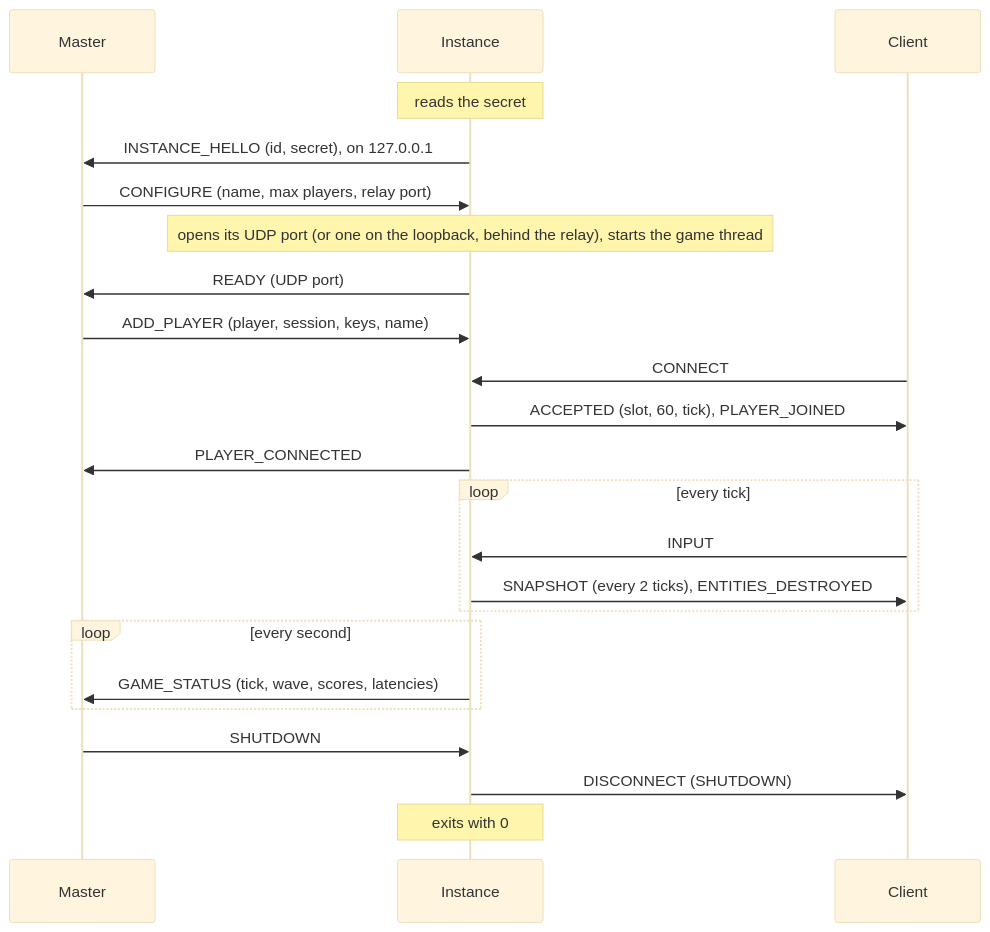
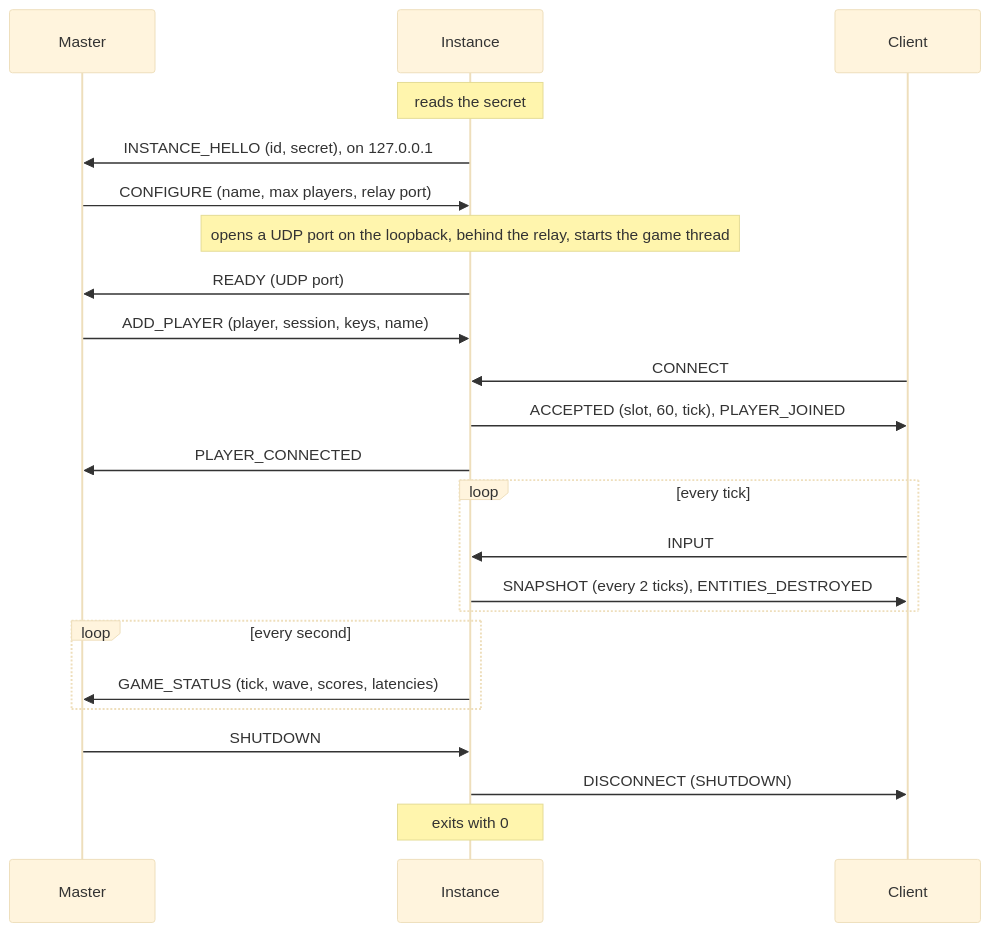
One commit to Akinator31/Rtype changed the fifth of 7 diagrams in docs/architecture/server.md. Above: the diagram before and after it, drawn with Mermaid (base theme). The commit also changed other lines of this file and 17 other files, not shown here.

````diff
--- a/docs/architecture/server.md
+++ b/docs/architecture/server.md
@@ -429,25 +436,25 @@
 ```mermaid
 sequenceDiagram
     participant M as Master
     participant I as Instance
     participant C as Client
     Note over I: reads the secret
     I->>M: INSTANCE_HELLO (id, secret), on 127.0.0.1
     M->>I: CONFIGURE (name, max players, relay port)
-    Note over I: opens its UDP port (or one on the loopback, behind the relay), starts the game thread
+    Note over I: opens a UDP port on the loopback, behind the relay, starts the game thread
     I->>M: READY (UDP port)
     M->>I: ADD_PLAYER (player, session, keys, name)
     C->>I: CONNECT
     I->>C: ACCEPTED (slot, 60, tick), PLAYER_JOINED
     I->>M: PLAYER_CONNECTED
     loop every tick
         C->>I: INPUT
         I->>C: SNAPSHOT (every 2 ticks), ENTITIES_DESTROYED
     end
     loop every second
         I->>M: GAME_STATUS (tick, wave, scores, latencies)
     end
     M->>I: SHUTDOWN
     I->>C: DISCONNECT (SHUTDOWN)
     Note over I: exits with 0
 ```
````
